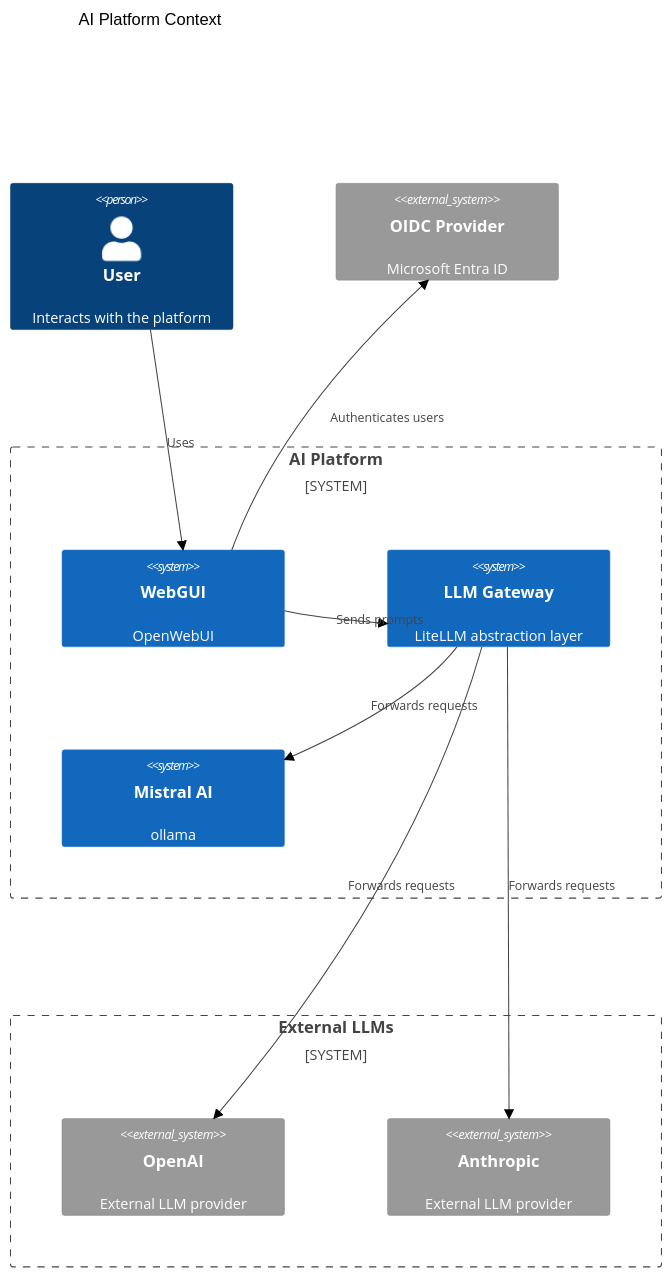
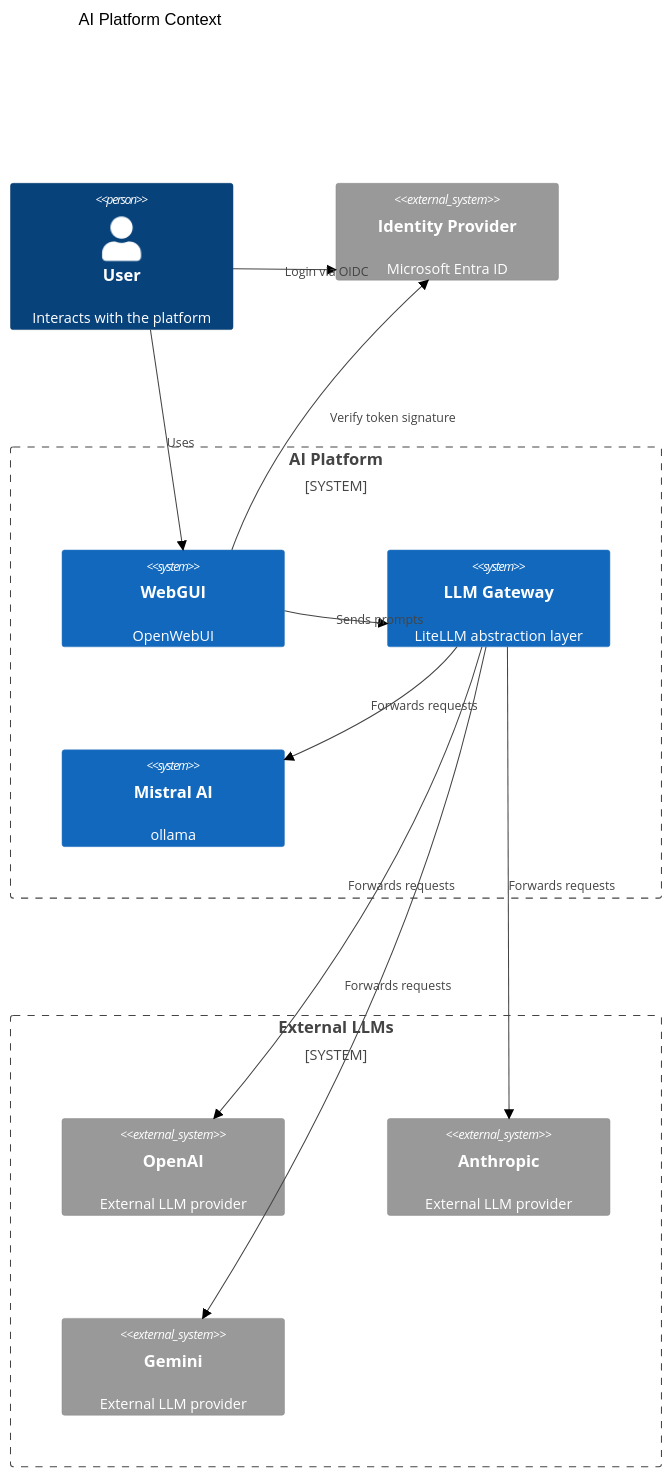
One commit to Albe83/ai-platform changed the first of 2 diagrams in docs/architecture.md. Above: the diagram before and after it, drawn with Mermaid.

````diff
--- a/docs/architecture.md
+++ b/docs/architecture.md
@@ -14,27 +14,30 @@
 ```mermaid
 %%{init: { 'theme': 'neutral' } }%%
 C4Context
     title AI Platform Context
     UpdateLayoutConfig("3", "1")
 
     Person(user, "User", "Interacts with the platform")
-    System_Ext(oidc, "OIDC Provider", "Microsoft Entra ID")
+    System_Ext(idp, "Identity Provider", "Microsoft Entra ID")
 
     System_Boundary(platform, "AI Platform") {
         System(webgui, "WebGUI", "OpenWebUI")
         System(gateway, "LLM Gateway", "LiteLLM abstraction layer")
         System(mistral, "Mistral AI", "ollama")
     }
 
     System_Boundary(llms, "External LLMs") {
         System_Ext(openai, "OpenAI", "External LLM provider")
         System_Ext(anthropic, "Anthropic", "External LLM provider")
+        System_Ext(gemini, "Gemini", "External LLM provider")
     }
 
     Rel(user, webgui, "Uses")
-    Rel(webgui, oidc, "Authenticates users")
+    Rel(user, idp, "Login via OIDC")
+    Rel(webgui, idp, "Verify token signature")
     Rel(webgui, gateway, "Sends prompts")
+    Rel(gateway, mistral, "Forwards requests")
     Rel(gateway, openai, "Forwards requests")
     Rel(gateway, anthropic, "Forwards requests")
-    Rel(gateway, mistral, "Forwards requests")
+    Rel(gateway, gemini, "Forwards requests")
 ```
````
